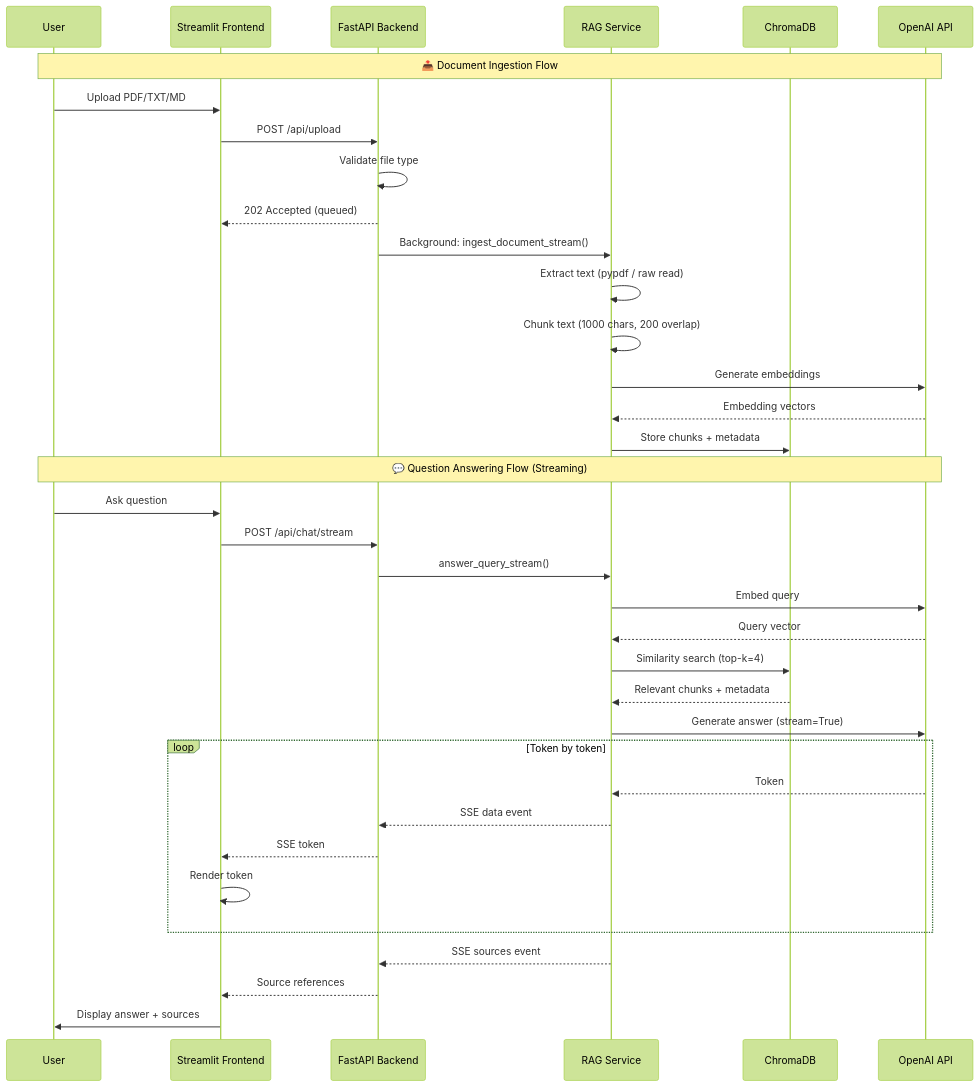
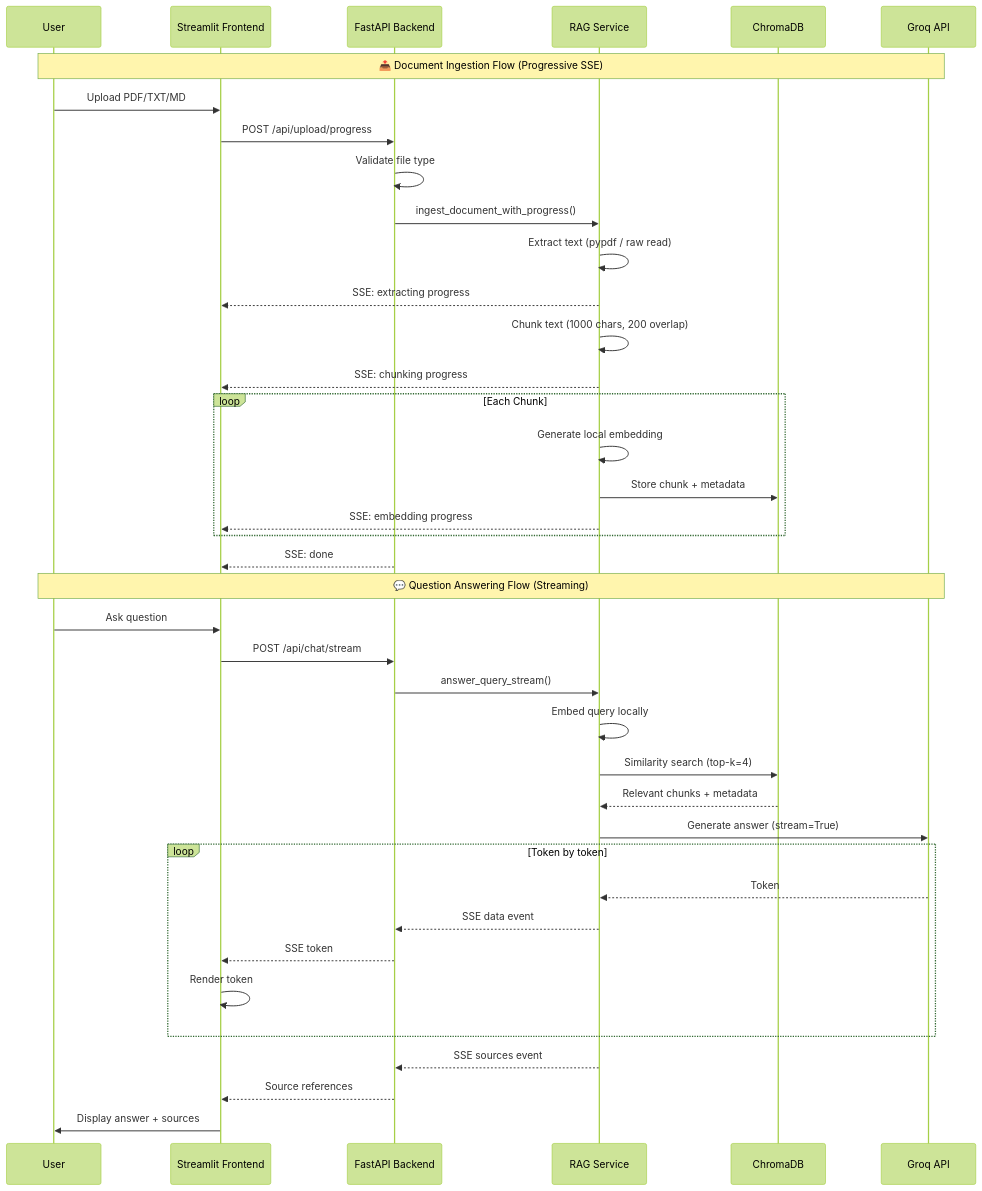
One commit to anupam-hegde/simple-RAG changed the second of 2 diagrams in ARCHITECTURE.md. Above: the diagram before and after it, drawn with Mermaid (forest theme). The commit also changed other lines of this file and 7 other files, not shown here.

````diff
--- a/ARCHITECTURE.md
+++ b/ARCHITECTURE.md
@@ -62,40 +63,44 @@
 ```mermaid
 sequenceDiagram
     participant U as User
     participant FE as Streamlit Frontend
     participant BE as FastAPI Backend
     participant RAG as RAG Service
     participant DB as ChromaDB
-    participant AI as OpenAI API
+    participant AI as Groq API
 
-    Note over U, AI: 📤 Document Ingestion Flow
+    Note over U, AI: 📤 Document Ingestion Flow (Progressive SSE)
     U->>FE: Upload PDF/TXT/MD
-    FE->>BE: POST /api/upload
+    FE->>BE: POST /api/upload/progress
     BE->>BE: Validate file type
-    BE-->>FE: 202 Accepted (queued)
-    BE->>RAG: Background: ingest_document_stream()
+    BE->>RAG: ingest_document_with_progress()
     RAG->>RAG: Extract text (pypdf / raw read)
+    RAG-->>FE: SSE: extracting progress
     RAG->>RAG: Chunk text (1000 chars, 200 overlap)
-    RAG->>AI: Generate embeddings
-    AI-->>RAG: Embedding vectors
-    RAG->>DB: Store chunks + metadata
+    RAG-->>FE: SSE: chunking progress
+    loop Each Chunk
+        RAG->>RAG: Generate local embedding
+        RAG->>DB: Store chunk + metadata
+        RAG-->>FE: SSE: embedding progress
+    end
+    BE-->>FE: SSE: done
+
 
     Note over U, AI: 💬 Question Answering Flow (Streaming)
     U->>FE: Ask question
     FE->>BE: POST /api/chat/stream
     BE->>RAG: answer_query_stream()
-    RAG->>AI: Embed query
-    AI-->>RAG: Query vector
+    RAG->>RAG: Embed query locally
     RAG->>DB: Similarity search (top-k=4)
     DB-->>RAG: Relevant chunks + metadata
     RAG->>AI: Generate answer (stream=True)
     loop Token by token
         AI-->>RAG: Token
         RAG-->>BE: SSE data event
         BE-->>FE: SSE token
         FE->>FE: Render token
     end
     RAG-->>BE: SSE sources event
     BE-->>FE: Source references
     FE->>U: Display answer + sources
 ```
````
